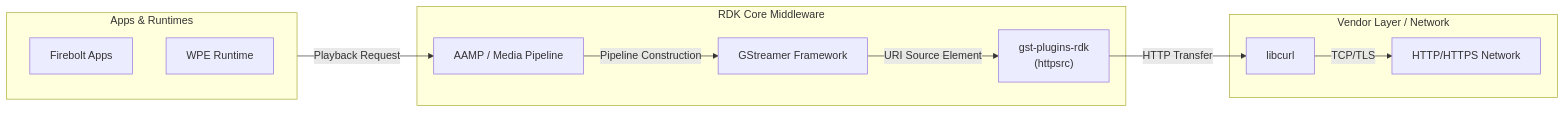
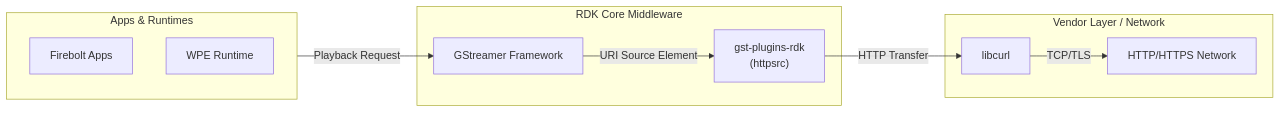
The first of 7 diagrams in docs/docu/RDKV-Documentations/gst-plugins-rdk.md (rns21/RDK_Documentation), drawn with Mermaid before and after one commit. The commit also changed other lines of this file, not shown here.

````diff
--- a/docs/docu/RDKV-Documentations/gst-plugins-rdk.md
+++ b/docs/docu/RDKV-Documentations/gst-plugins-rdk.md
@@ -9,33 +9,31 @@
 ```mermaid
 flowchart LR
 
 %% Styles
 classDef Apps stroke:#00B9F1,fill:#E6F7FD,stroke-width:2px;
 classDef RDKMW stroke:#75D701,fill:#F1FFE6,stroke-width:2px;
 classDef VL stroke:#808080,fill:#F2F2F2,stroke-width:2px;
 
 %% Apps Layer
     subgraph Apps["Apps & Runtimes"]
         FBApps["Firebolt Apps"]
         WPE_RT["WPE Runtime"]
     end
 
 %% Middleware
     subgraph RDKMW["RDK Core Middleware"]
-        AAMP["AAMP / Media Pipeline"]
         httpsrc["gst-plugins-rdk\n(httpsrc)"]
         GStreamer["GStreamer Framework"]
     end
 
 %% Vendor Layer
     subgraph VL["Vendor Layer / Network"]
         CURL["libcurl"]
         NET["HTTP/HTTPS Network"]
     end
 
-    Apps -->|Playback Request| AAMP
-    AAMP -->|Pipeline Construction| GStreamer
+    Apps -->|Playback Request| GStreamer
     GStreamer -->|URI Source Element| httpsrc
     httpsrc -->|HTTP Transfer| CURL
     CURL -->|TCP/TLS| NET
 ```
````
